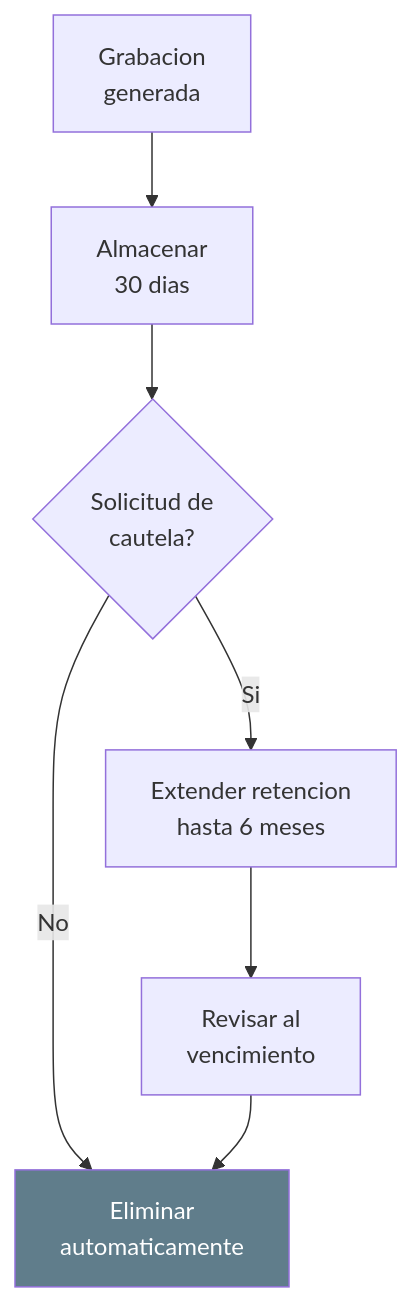
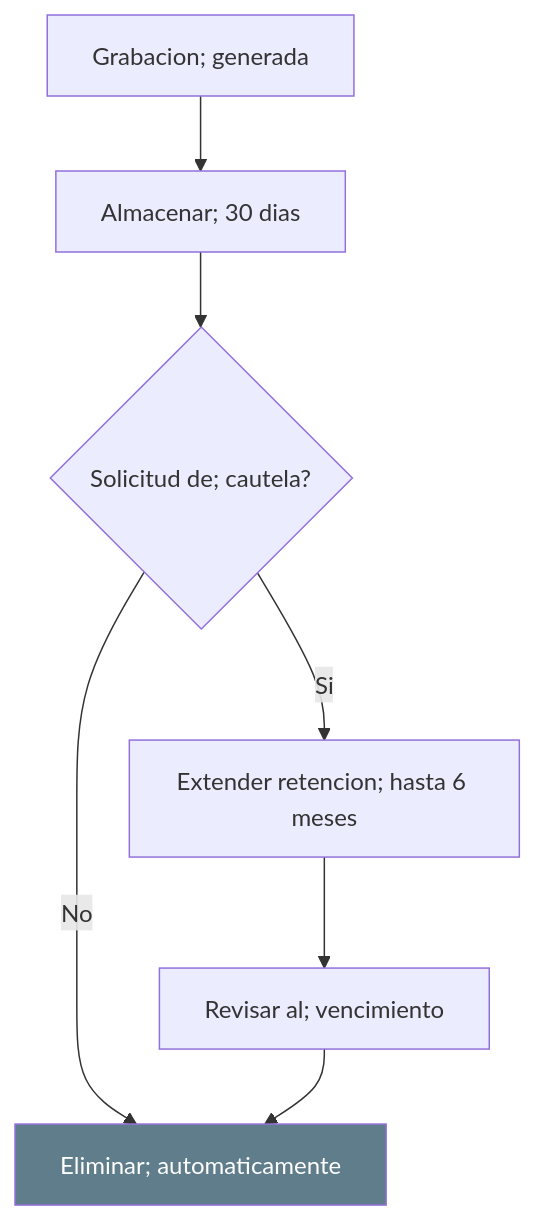
Before and after one commit to felix-antonio-sl/kora: the seventh of 8 diagrams in KNOWLEDGE/gn/kb/bpmn-cies-sitia.md, drawn with Mermaid. The commit also changed other lines of this file and 1034 other files, not shown here.

````diff
--- a/KNOWLEDGE/gn/kb/bpmn-cies-sitia.md
+++ b/KNOWLEDGE/gn/kb/bpmn-cies-sitia.md
@@ -221,11 +230,11 @@
 ```mermaid
 flowchart TD
-    A["Grabacion<br/>generada"] --> B["Almacenar<br/>30 dias"]
-    B --> C{"Solicitud de<br/>cautela?"}
-    C -->|"Si"| D["Extender retencion<br/>hasta 6 meses"]
-    C -->|"No"| E["Eliminar<br/>automaticamente"]
-    D --> F["Revisar al<br/>vencimiento"]
-    F --> E
+ A["Grabacion; generada"] --> B["Almacenar; 30 dias"]
+ B --> C{"Solicitud de; cautela?"}
+ C -->|"Si"| D["Extender retencion; hasta 6 meses"]
+ C -->|"No"| E["Eliminar; automaticamente"]
+ D --> F["Revisar al; vencimiento"]
+ F --> E
 
-    style E fill:#607D8B,color:#fff
+ style E fill:#607D8B,color:#fff
 ```
````
